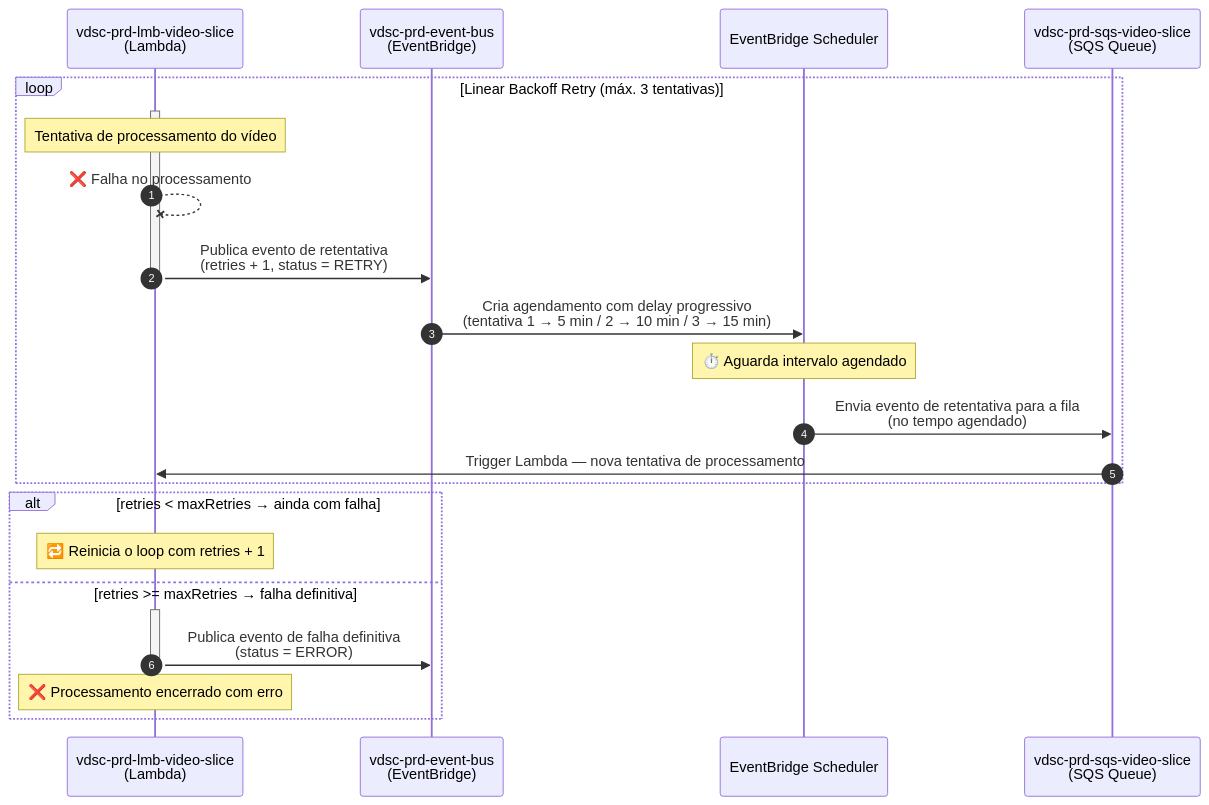
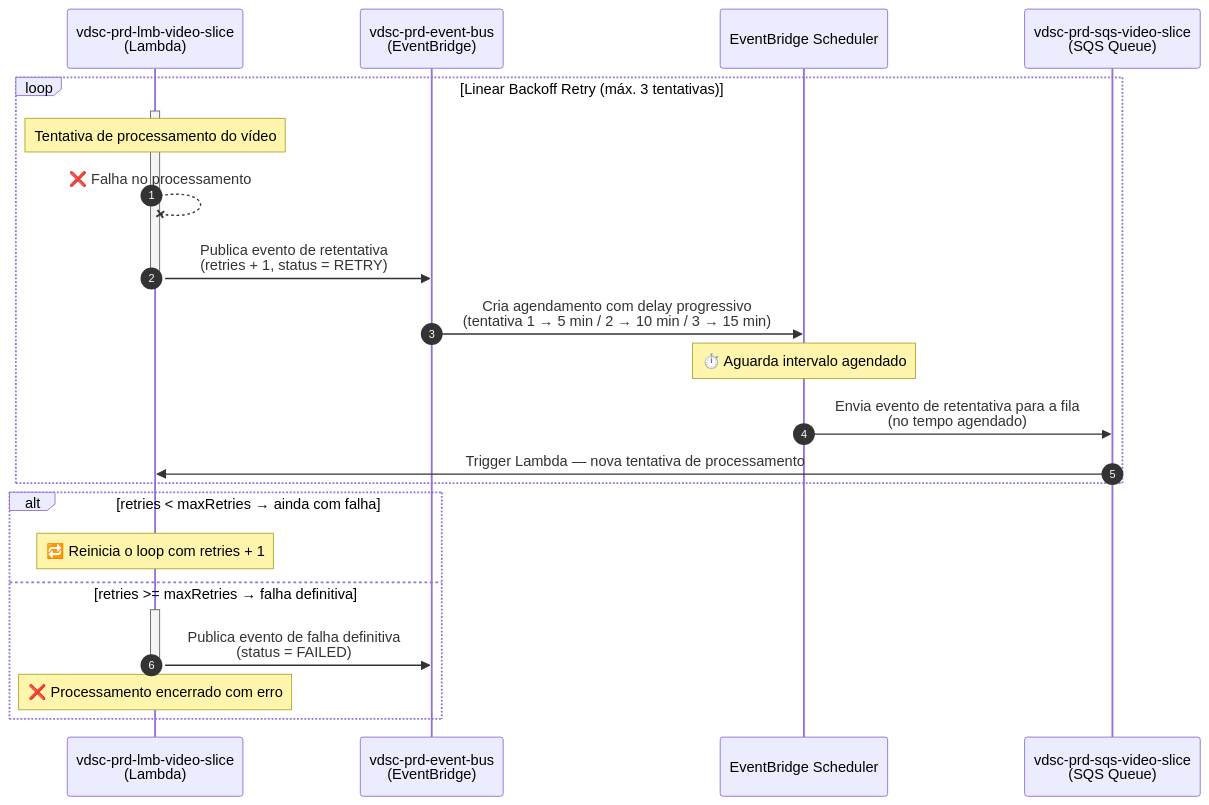
One commit to 11soat-hackathon-videoslice/ms-video-slice changed the second of 2 diagrams in README.md. Above: the diagram before and after it, drawn with Mermaid. The commit also changed other lines of this file, not shown here.

````diff
--- a/README.md
+++ b/README.md
@@ -106,34 +106,34 @@
 ```mermaid
 sequenceDiagram
     autonumber
 
     participant LMB as vdsc-prd-lmb-video-slice<br/>(Lambda)
     participant BUS as vdsc-prd-event-bus<br/>(EventBridge)
     participant SCH as EventBridge Scheduler
     participant SQS as vdsc-prd-sqs-video-slice<br/>(SQS Queue)
 
     loop Linear Backoff Retry (máx. 3 tentativas)
         activate LMB
         Note over LMB: Tentativa de processamento do vídeo
         LMB --x LMB: ❌ Falha no processamento
 
         LMB ->> BUS: Publica evento de retentativa<br/>(retries + 1, status = RETRY)
         deactivate LMB
 
         BUS ->> SCH: Cria agendamento com delay progressivo<br/>(tentativa 1 → 5 min / 2 → 10 min / 3 → 15 min)
 
         Note over SCH: ⏱️ Aguarda intervalo agendado
 
         SCH ->> SQS: Envia evento de retentativa para a fila<br/>(no tempo agendado)
         SQS ->> LMB: Trigger Lambda — nova tentativa de processamento
     end
 
     alt retries < maxRetries → ainda com falha
         Note over LMB: 🔁 Reinicia o loop com retries + 1
     else retries >= maxRetries → falha definitiva
         activate LMB
-        LMB ->> BUS: Publica evento de falha definitiva<br/>(status = ERROR)
+        LMB ->> BUS: Publica evento de falha definitiva<br/>(status = FAILED)
         deactivate LMB
         Note over LMB: ❌ Processamento encerrado com erro
     end
 ```
````
